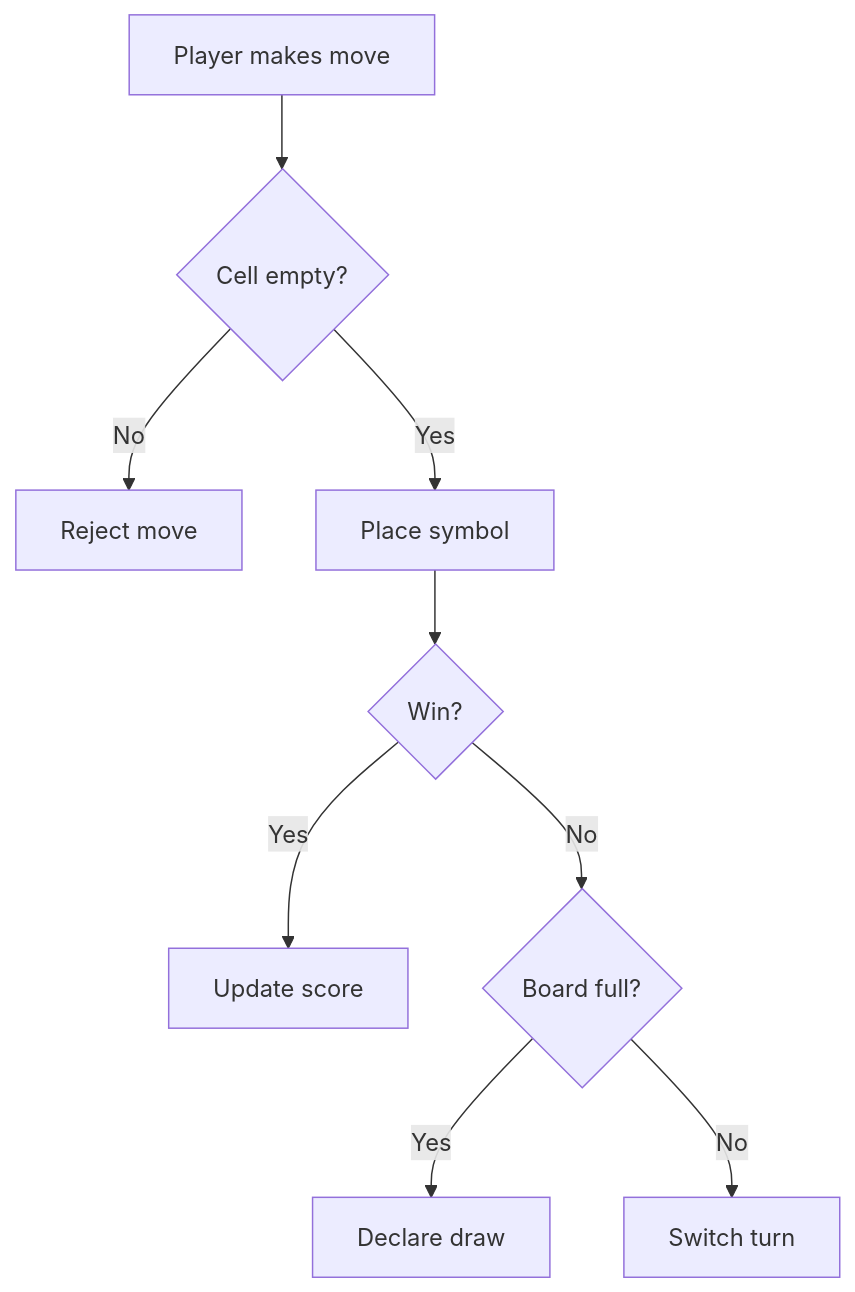
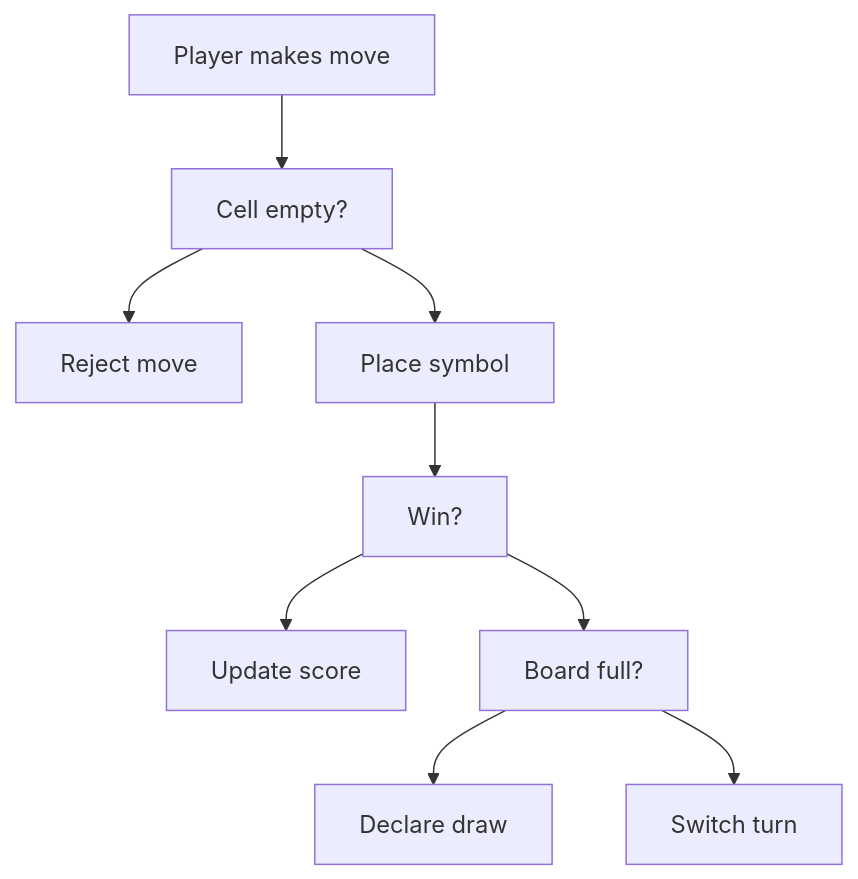
The fourth of 58 diagrams in LLD_NOTES/lld_visual_java_reference_fixed.md (mthaiseer/springcloud-systemdesign-notes), drawn with Mermaid before and after one commit. The commit also changed other lines of this file, not shown here.

````diff
--- a/LLD_NOTES/lld_visual_java_reference_fixed.md
+++ b/LLD_NOTES/lld_visual_java_reference_fixed.md
@@ -156,11 +141,20 @@
 ```mermaid
 flowchart TD
-  A[Player makes move] --> B{Cell empty?}
-  B -- No --> C[Reject move]
-  B -- Yes --> D[Place symbol]
-  D --> E{Win?}
-  E -- Yes --> F[Update score]
-  E -- No --> G{Board full?}
-  G -- Yes --> H[Declare draw]
-  G -- No --> I[Switch turn]
+  A[Player makes move]
+  B[Cell empty?]
+  C[Reject move]
+  D[Place symbol]
+  E[Win?]
+  F[Update score]
+  G[Board full?]
+  H[Declare draw]
+  I[Switch turn]
+  A --> B
+  B --> C
+  B --> D
+  D --> E
+  E --> F
+  E --> G
+  G --> H
+  G --> I
 ```
````
